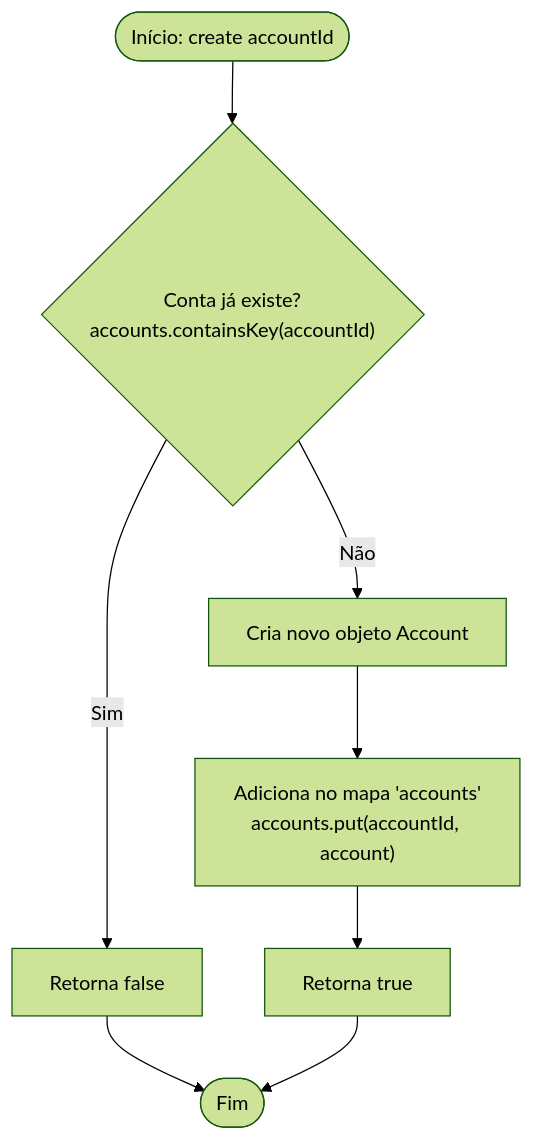
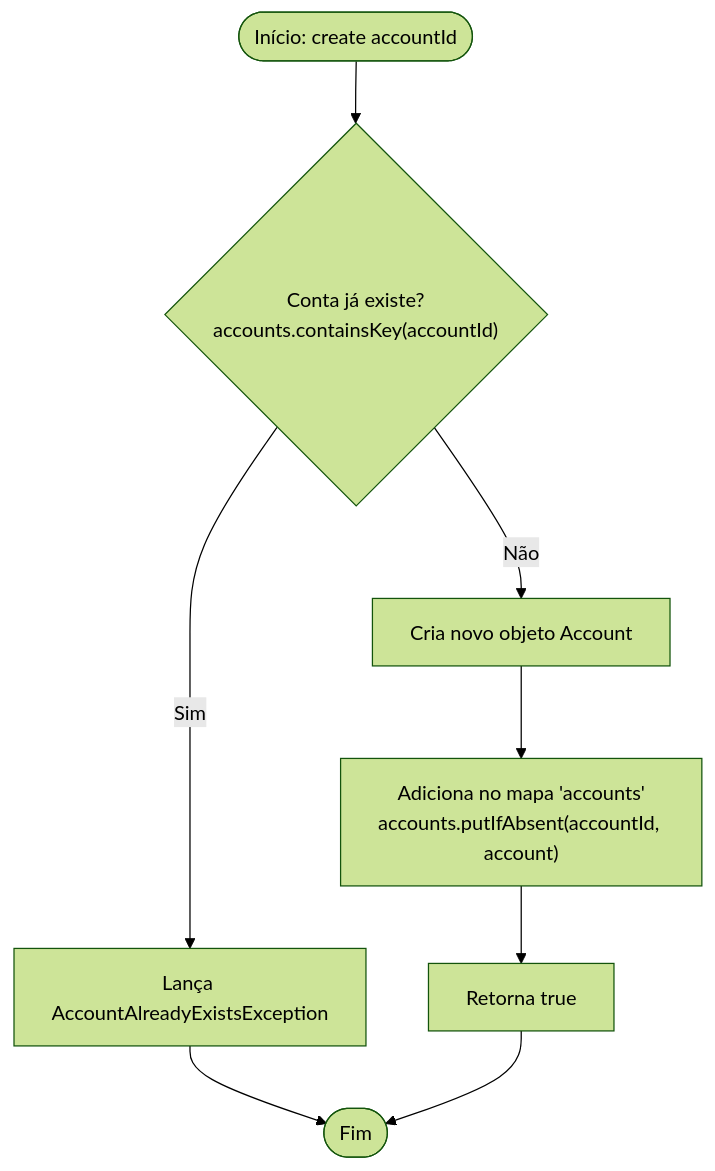
The first of 4 diagrams in doc/architecture/mermaid_level_1.md (guiassys/nubank-training), drawn with Mermaid (forest theme) before and after one commit. The commit also changed other lines of this file and 3 other files, not shown here.

Commit message:
fix: add exceptions in mermaid diagrans

````diff
--- a/doc/architecture/mermaid_level_1.md
+++ b/doc/architecture/mermaid_level_1.md
@@ -4,13 +4,13 @@
 ```mermaid
 flowchart TD
     Start([Início: create accountId]) --> CheckExists{"Conta já existe?\naccounts.containsKey(accountId)"}
     
-    CheckExists -- Sim --> ReturnFalse[Retorna false]
+    CheckExists -- Sim --> ThrowExists[Lança AccountAlreadyExistsException]
     CheckExists -- Não --> CreateAccount[Cria novo objeto Account]
     
-    CreateAccount --> PutInMap["Adiciona no mapa 'accounts'\naccounts.put(accountId, account)"]
+    CreateAccount --> PutInMap["Adiciona no mapa 'accounts'\naccounts.putIfAbsent(accountId, account)"]
     PutInMap --> ReturnTrue[Retorna true]
 
-    ReturnFalse --> End([Fim])
+    ThrowExists --> End([Fim])
     ReturnTrue --> End
 ```
````
